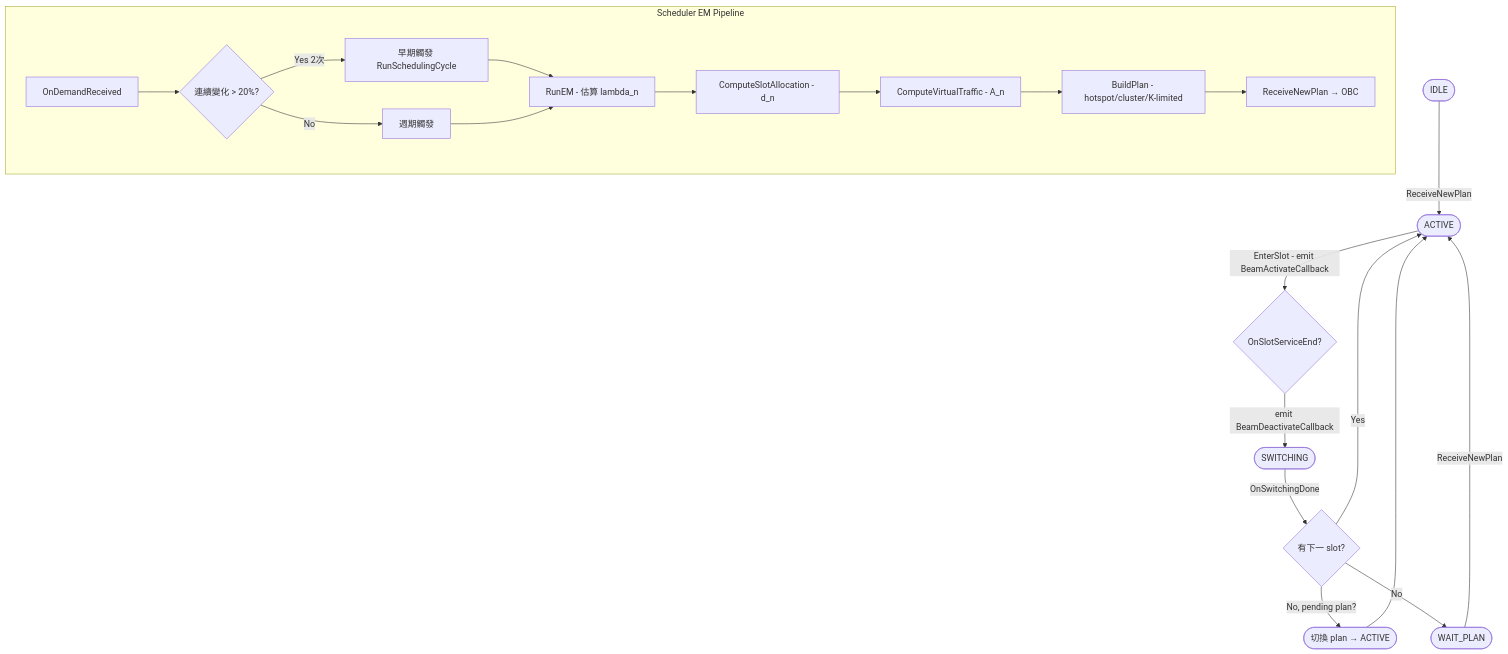
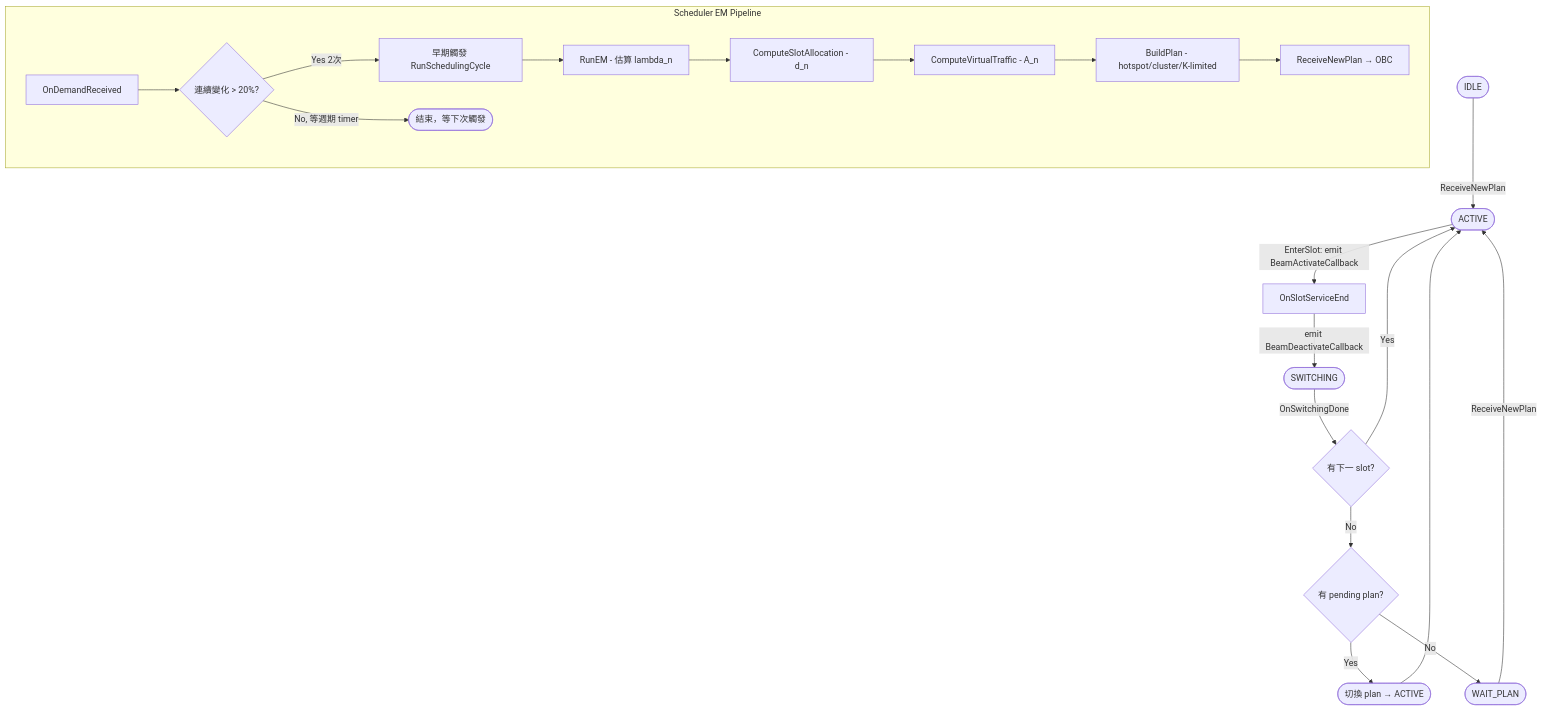
One commit to yuru1231/TriScale-LEO changed the diagram in Logs/0331_BH-Phase2-Implementation.md. Above: the diagram before and after it, drawn with Mermaid. The commit also changed other lines of this file and 8 other files, not shown here.

````diff
--- a/Logs/0331_BH-Phase2-Implementation.md
+++ b/Logs/0331_BH-Phase2-Implementation.md
@@ -21,24 +23,24 @@
 ```mermaid
 flowchart TD
     A([IDLE]) -->|ReceiveNewPlan| B([ACTIVE])
-    B -->|EnterSlot - emit BeamActivateCallback| C{OnSlotServiceEnd?}
+    B -->|EnterSlot: emit BeamActivateCallback| C[OnSlotServiceEnd]
     C -->|emit BeamDeactivateCallback| D([SWITCHING])
     D -->|OnSwitchingDone| E{有下一 slot?}
     E -->|Yes| B
-    E -->|No, pending plan?| F([切換 plan → ACTIVE])
-    E -->|No| G([WAIT_PLAN])
-    G -->|ReceiveNewPlan| B
-    F --> B
+    E -->|No| F{有 pending plan?}
+    F -->|Yes| G([切換 plan → ACTIVE])
+    F -->|No| H([WAIT_PLAN])
+    H -->|ReceiveNewPlan| B
+    G --> B
 
     subgraph Scheduler EM Pipeline
         S1[OnDemandReceived] --> S2{連續變化 > 20%?}
         S2 -->|Yes 2次| S3[早期觸發 RunSchedulingCycle]
-        S2 -->|No| S4[週期觸發]
+        S2 -->|No, 等週期 timer| S4([結束，等下次觸發])
         S3 --> S5[RunEM - 估算 lambda_n]
-        S4 --> S5
         S5 --> S6[ComputeSlotAllocation - d_n]
         S6 --> S7[ComputeVirtualTraffic - A_n]
         S7 --> S8[BuildPlan - hotspot/cluster/K-limited]
         S8 --> S9[ReceiveNewPlan → OBC]
     end
 ```
````
